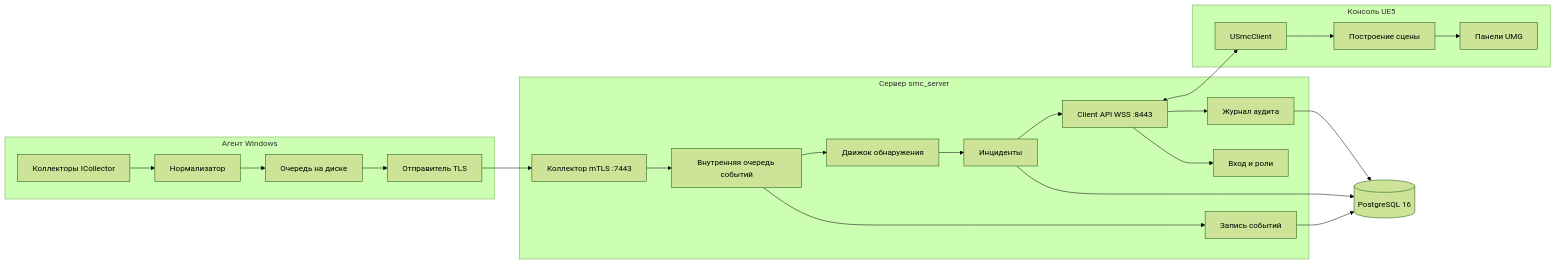
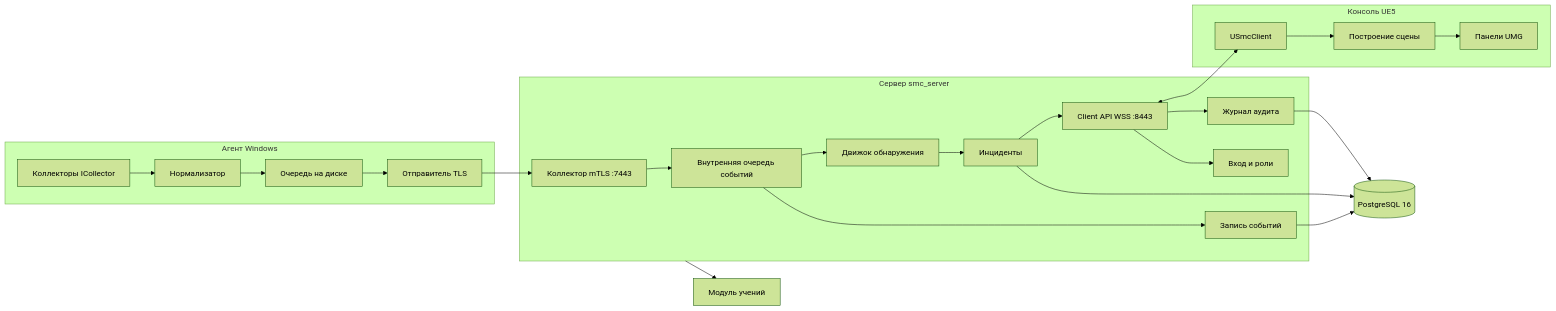
One commit to BSUIR-SDLC/SDLC changed the first of 6 diagrams in sdd/sdd.md. Above: the diagram before and after it, drawn with Mermaid (forest theme). The commit also changed other lines of this file and 3 other files, not shown here.

````diff
--- a/sdd/sdd.md
+++ b/sdd/sdd.md
@@ -130,23 +132,24 @@
 ```mermaid
 flowchart LR
     subgraph Agent[Агент Windows]
         Col[Коллекторы ICollector] --> Norm[Нормализатор] --> Queue[Очередь на диске] --> Send[Отправитель TLS]
     end
     subgraph Server[Сервер smc_server]
         Collector[Коллектор mTLS :7443] --> Bus[Внутренняя очередь событий]
         Bus --> Store[Запись событий]
         Bus --> Engine[Движок обнаружения]
         Engine --> Inc[Инциденты]
         Inc --> Api[Client API WSS :8443]
         Api --> Auth[Вход и роли]
         Api --> Audit[Журнал аудита]
     end
     subgraph Console[Консоль UE5]
         Client[USmcClient] --> Scene[Построение сцены] --> UI[Панели UMG]
     end
     Send --> Collector
     Api <--> Client
     Store --> DB[(PostgreSQL 16)]
     Inc --> DB
     Audit --> DB
+    Server --> Drill[Модуль учений]
 ```
````
